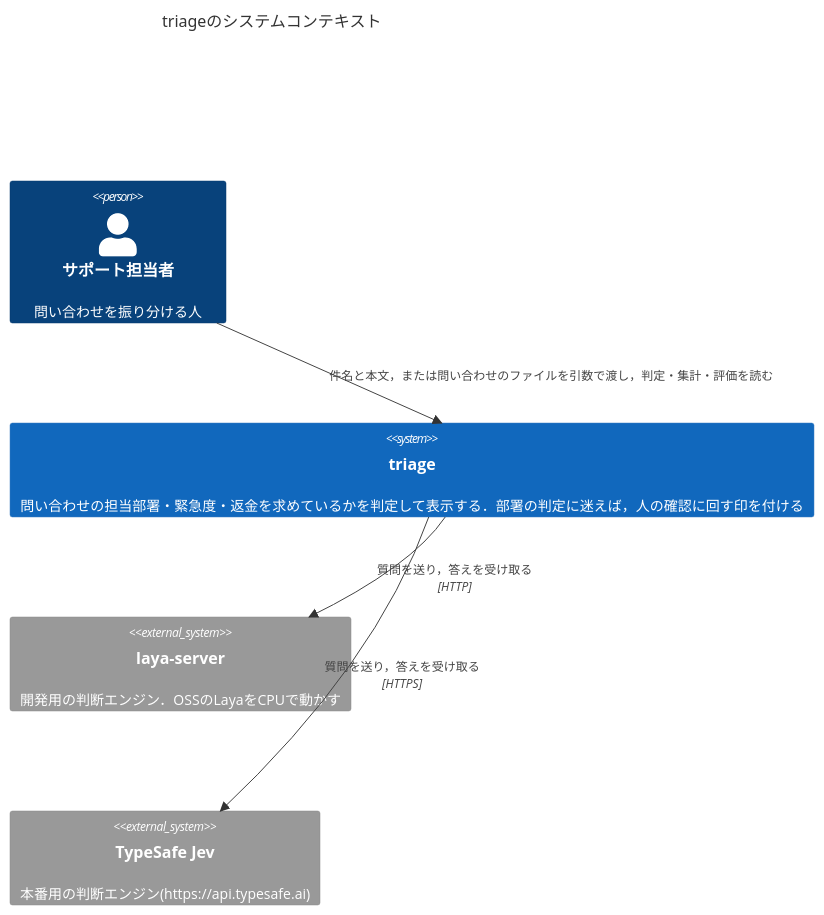
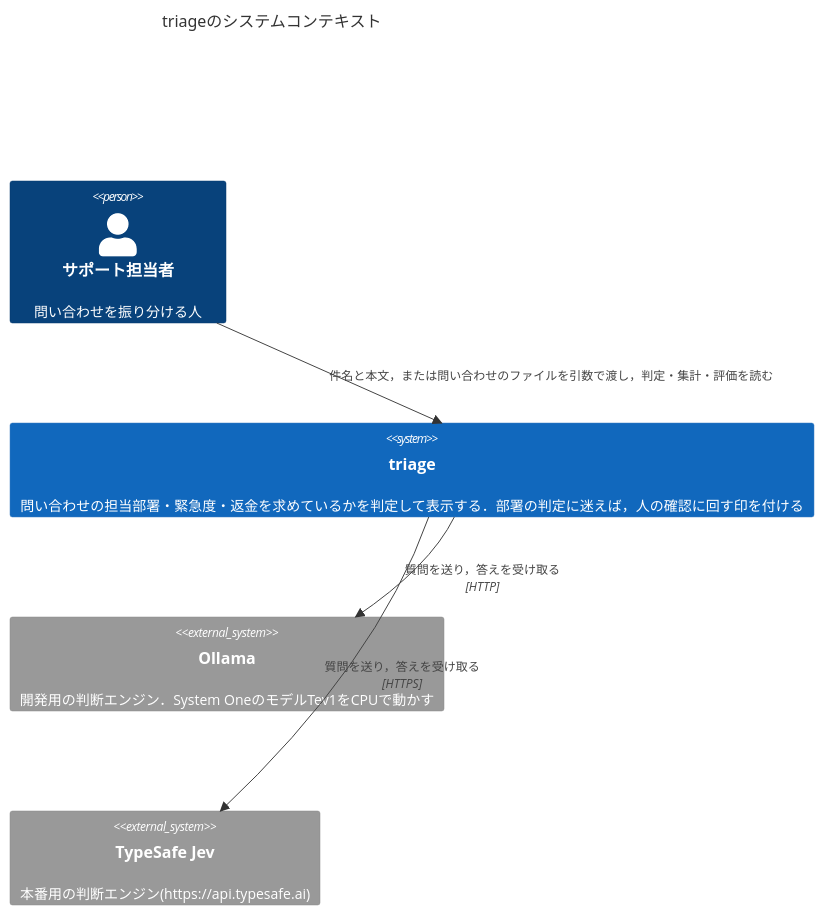
One commit to enunun/systemone-handson changed the diagram in iterations/iteration-8/exercise/design/01-context.md. Above: the diagram before and after it, drawn with Mermaid. The commit also changed 184 other files, not shown here.

````diff
--- a/iterations/iteration-8/exercise/design/01-context.md
+++ b/iterations/iteration-8/exercise/design/01-context.md
@@ -5,11 +5,11 @@
 ```mermaid
 C4Context
   title triageのシステムコンテキスト
   Person(user, "サポート担当者", "問い合わせを振り分ける人")
   System(triage, "triage", "問い合わせの担当部署・緊急度・返金を求めているかを判定して表示する．部署の判定に迷えば，人の確認に回す印を付ける")
-  System_Ext(laya, "laya-server", "開発用の判断エンジン．OSSのLayaをCPUで動かす")
+  System_Ext(ollama, "Ollama", "開発用の判断エンジン．System OneのモデルTev1をCPUで動かす")
   System_Ext(jev, "TypeSafe Jev", "本番用の判断エンジン(https://api.typesafe.ai)")
   Rel(user, triage, "件名と本文，または問い合わせのファイルを引数で渡し，判定・集計・評価を読む")
-  Rel(triage, laya, "質問を送り，答えを受け取る", "HTTP")
+  Rel(triage, ollama, "質問を送り，答えを受け取る", "HTTP")
   Rel(triage, jev, "質問を送り，答えを受け取る", "HTTPS")
 ```
````
